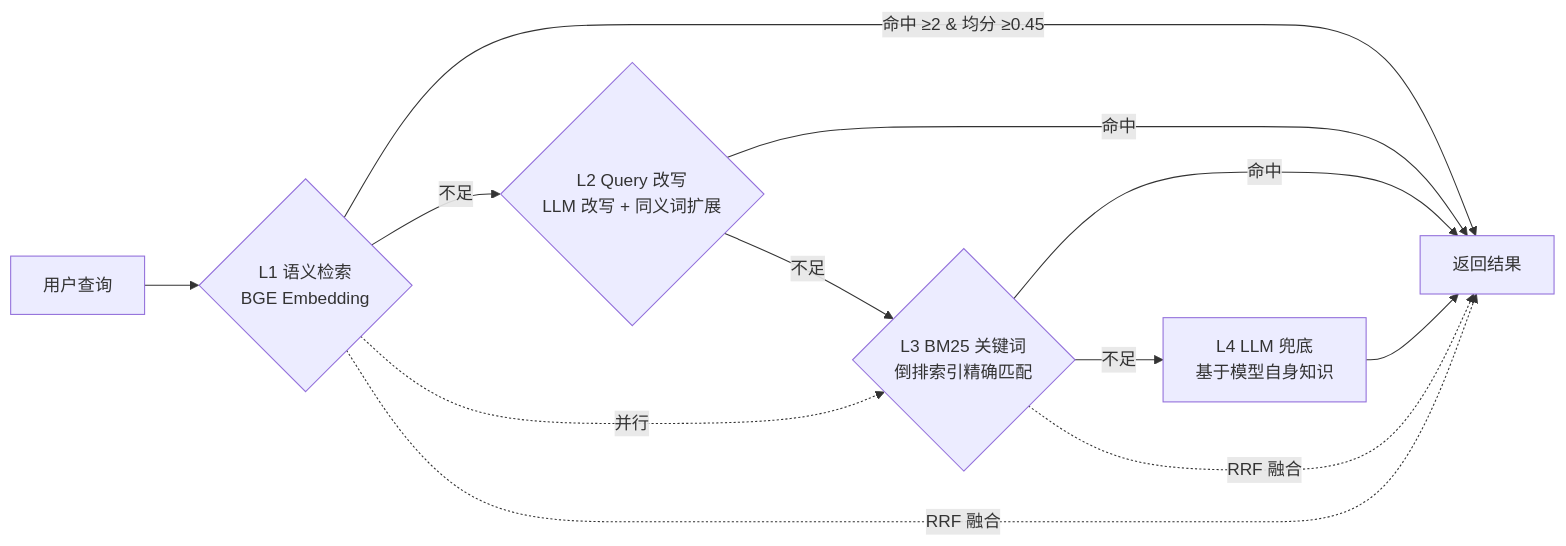
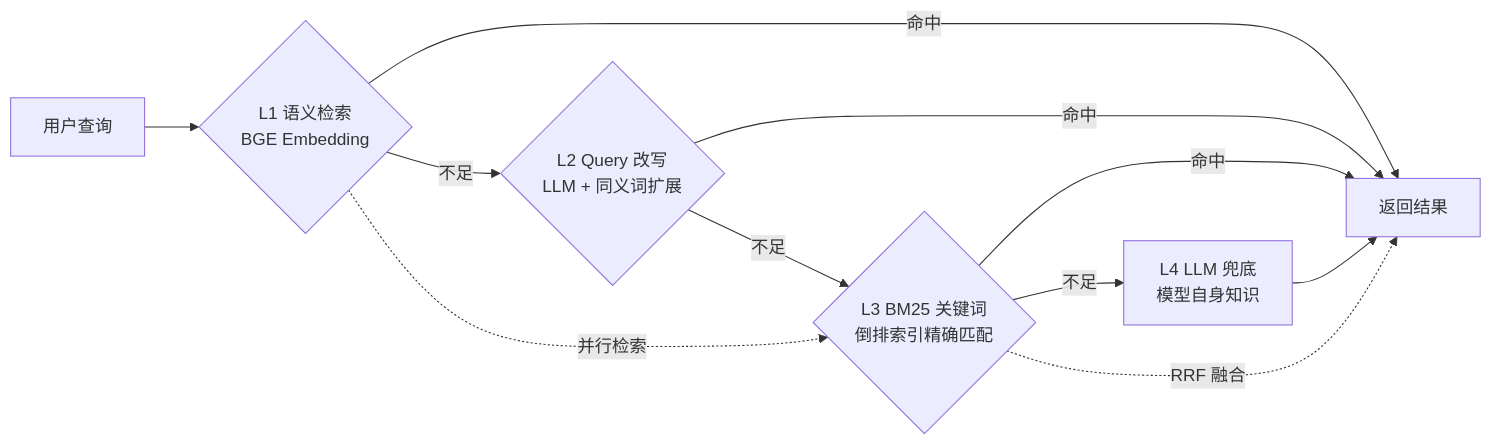
One commit to jiang436/smart-qa-agent-system changed the second of 3 diagrams in README.md. Above: the diagram before and after it, drawn with Mermaid. The commit also changed other lines of this file, not shown here.

Commit message:
fix: Mermaid 流程图修复 - 移除非法字符 &/≥，<br> 改为自闭合 <br/>

````diff
--- a/README.md
+++ b/README.md
@@ -107,15 +107,13 @@
 ```mermaid
 flowchart LR
-    Q["用户查询"] --> L1{"L1 语义检索<br>BGE Embedding"}
-    L1 -->|"命中 ≥2 & 均分 ≥0.45"| OUT["返回结果"]
-    L1 -->|"不足"| L2{"L2 Query 改写<br>LLM 改写 + 同义词扩展"}
+    Q["用户查询"] --> L1{"L1 语义检索<br/>BGE Embedding"}
+    L1 -->|"命中"| OUT["返回结果"]
+    L1 -->|"不足"| L2{"L2 Query 改写<br/>LLM + 同义词扩展"}
     L2 -->|"命中"| OUT
-    L2 -->|"不足"| L3{"L3 BM25 关键词<br>倒排索引精确匹配"}
+    L2 -->|"不足"| L3{"L3 BM25 关键词<br/>倒排索引精确匹配"}
     L3 -->|"命中"| OUT
-    L3 -->|"不足"| L4["L4 LLM 兜底<br>基于模型自身知识"]
+    L3 -->|"不足"| L4["L4 LLM 兜底<br/>模型自身知识"]
     L4 --> OUT
-
-    L1 -.->|"并行"| L3
-    L1 -.->|"RRF 融合"| OUT
+    L1 -.->|"并行检索"| L3
     L3 -.->|"RRF 融合"| OUT
 ```
````
